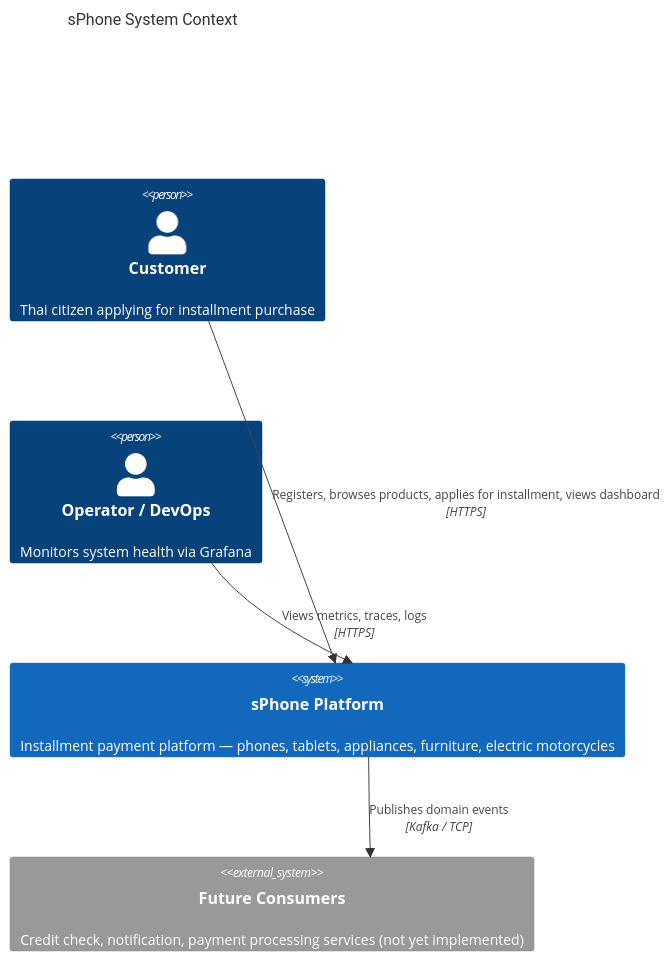
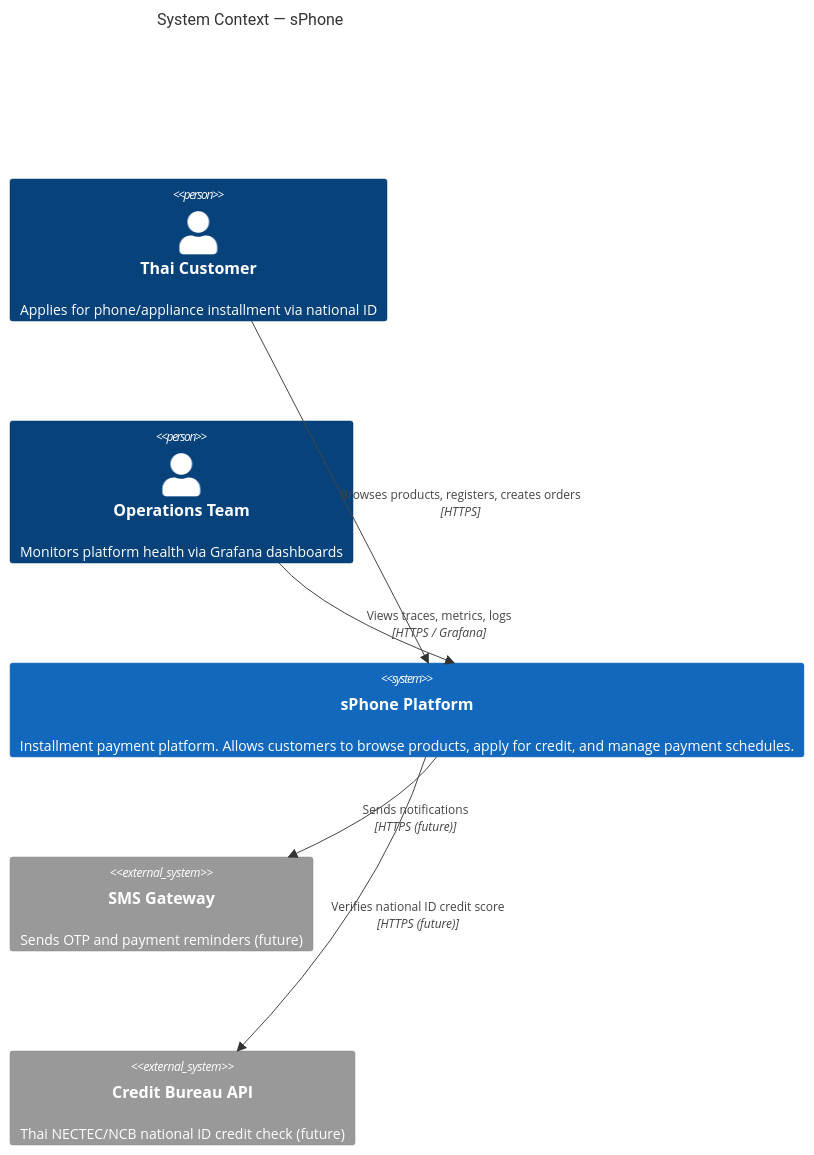
The first of 7 diagrams in C4_DIAGRAM.md (pkhamdee/sphone-v2), drawn with Mermaid before and after one commit. The commit also changed other lines of this file and 695 other files, not shown here.

````diff
--- a/C4_DIAGRAM.md
+++ b/C4_DIAGRAM.md
@@ -7,15 +12,19 @@
 ```mermaid
 C4Context
-  title sPhone System Context
+  title System Context — sPhone
 
-  Person(customer, "Customer", "Thai citizen applying for installment purchase")
-  Person(ops, "Operator / DevOps", "Monitors system health via Grafana")
+  Person(customer, "Thai Customer", "Applies for phone/appliance installment via national ID")
+  Person(admin, "Operations Team", "Monitors platform health via Grafana dashboards")
 
-  System(sphone, "sPhone Platform", "Installment payment platform — phones, tablets, appliances, furniture, electric motorcycles")
+  System(sphone, "sPhone Platform", "Installment payment platform. Allows customers to browse products, apply for credit, and manage payment schedules.")
 
-  System_Ext(kafka_consumers, "Future Consumers", "Credit check, notification, payment processing services (not yet implemented)")
+  System_Ext(sms, "SMS Gateway", "Sends OTP and payment reminders (future)")
+  System_Ext(creditBureau, "Credit Bureau API", "Thai NECTEC/NCB national ID credit check (future)")
 
-  Rel(customer, sphone, "Registers, browses products, applies for installment, views dashboard", "HTTPS")
-  Rel(ops, sphone, "Views metrics, traces, logs", "HTTPS")
-  Rel(sphone, kafka_consumers, "Publishes domain events", "Kafka / TCP")
+  Rel(customer, sphone, "Browses products, registers, creates orders", "HTTPS")
+  Rel(admin, sphone, "Views traces, metrics, logs", "HTTPS / Grafana")
+  Rel(sphone, sms, "Sends notifications", "HTTPS (future)")
+  Rel(sphone, creditBureau, "Verifies national ID credit score", "HTTPS (future)")
+
+  UpdateLayoutConfig($c4ShapeInRow="3", $c4BoundaryInRow="1")
 ```
````
